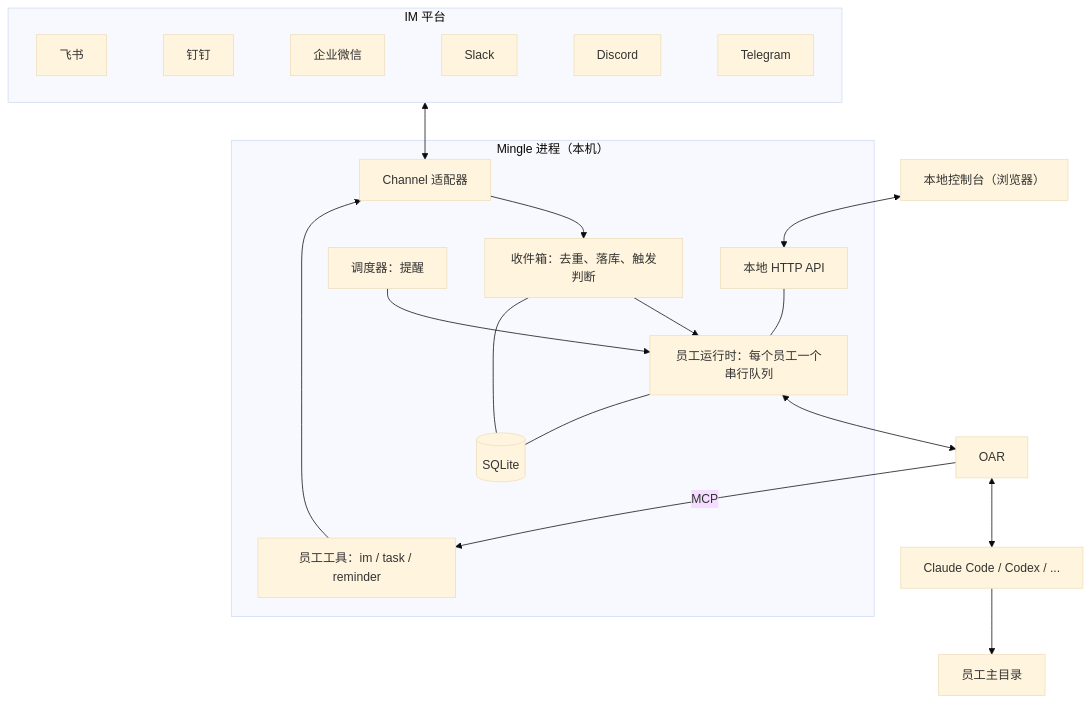
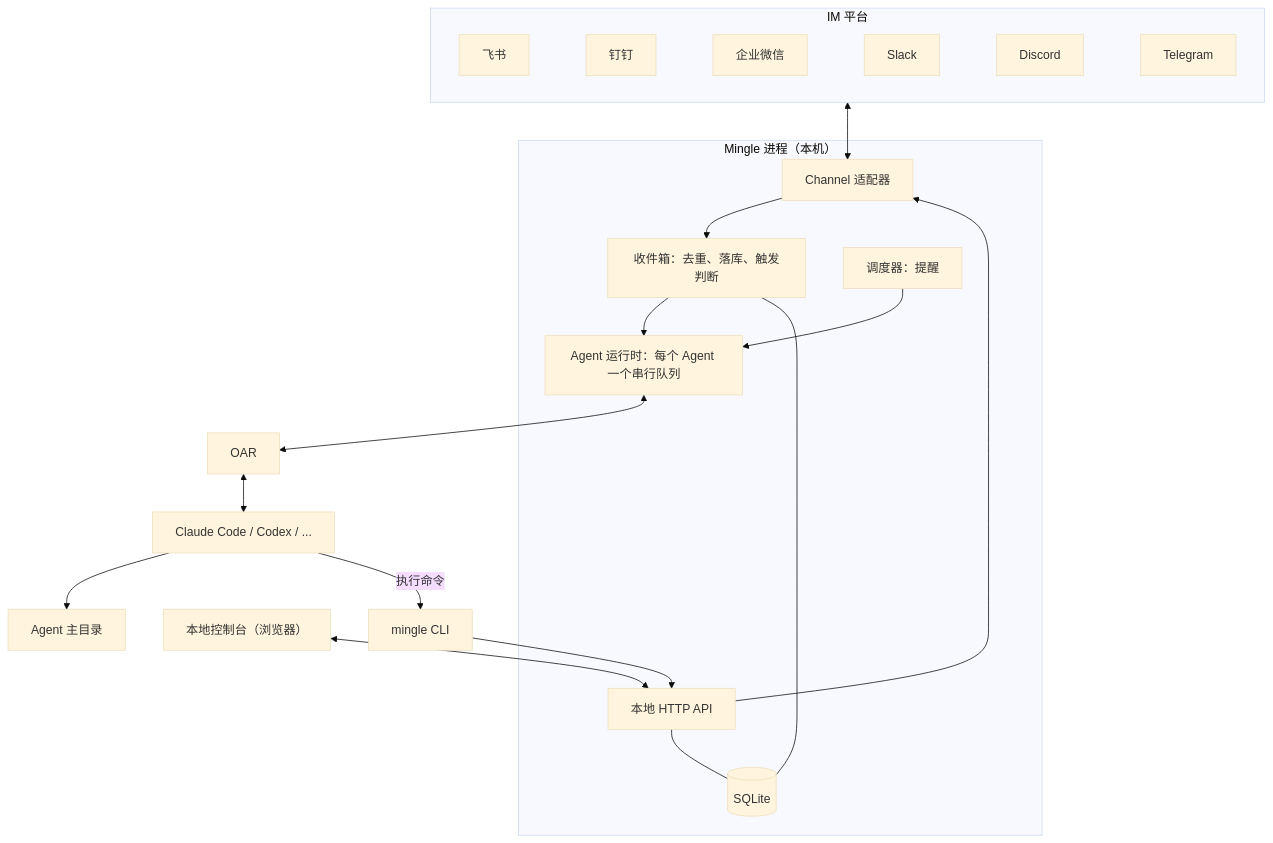
The third of 3 diagrams in docs/design.md (earayu/Mingle), drawn with Mermaid (base theme) before and after one commit. The commit also changed other lines of this file and 3 other files, not shown here.

First line of the commit message:
Reposition around Agent, add mingle CLI design, slim agent home

````diff
--- a/docs/design.md
+++ b/docs/design.md
@@ -215,30 +303,30 @@
 ```mermaid
 flowchart TD
   subgraph IM[IM 平台]
     F[飞书] ~~~ D[钉钉] ~~~ W[企业微信] ~~~ S[Slack] ~~~ DC[Discord] ~~~ T[Telegram]
   end
   subgraph M[Mingle 进程（本机）]
     CH[Channel 适配器]
     IN[收件箱：去重、落库、触发判断]
-    EM[员工运行时：每个员工一个串行队列]
-    TL[员工工具：im / task / reminder]
+    RT[Agent 运行时：每个 Agent 一个串行队列]
     SCH[调度器：提醒]
     API[本地 HTTP API]
     DB[(SQLite)]
   end
   UI[本地控制台（浏览器）]
   OAR[OAR]
   H[Claude Code / Codex / ...]
-  FS[员工主目录]
+  CLI[mingle CLI]
+  FS[Agent 主目录]
 
   IM <--> CH
-  CH --> IN --> EM
-  SCH --> EM
-  EM <--> OAR <--> H
+  CH --> IN --> RT
+  SCH --> RT
+  RT <--> OAR <--> H
   H --> FS
-  OAR -- MCP --> TL --> CH
+  H -- 执行命令 --> CLI --> API
   UI <--> API
-  API --- EM
+  API --> CH
+  API --- DB
   IN --- DB
-  EM --- DB
 ```
````
